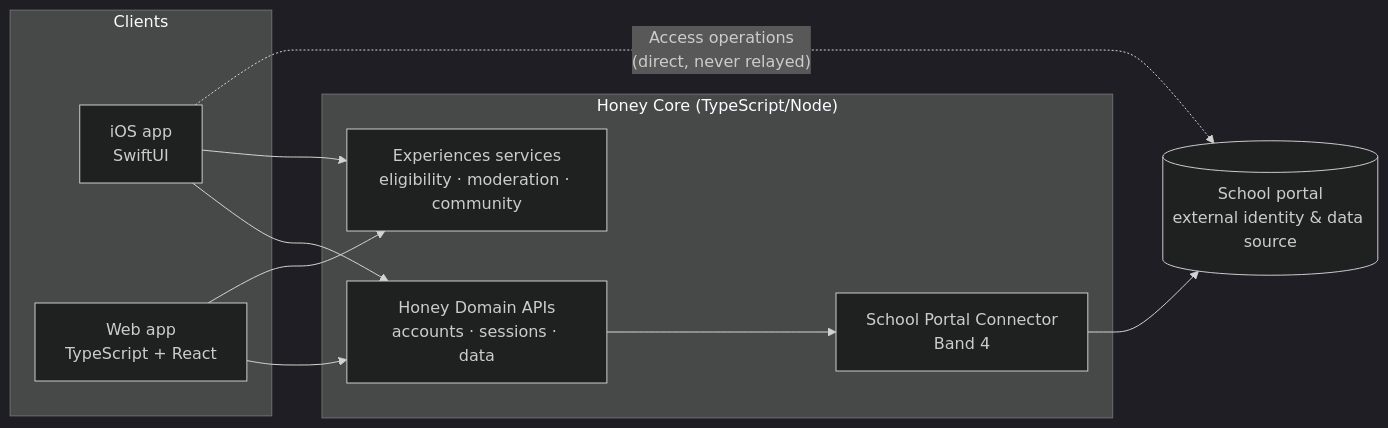
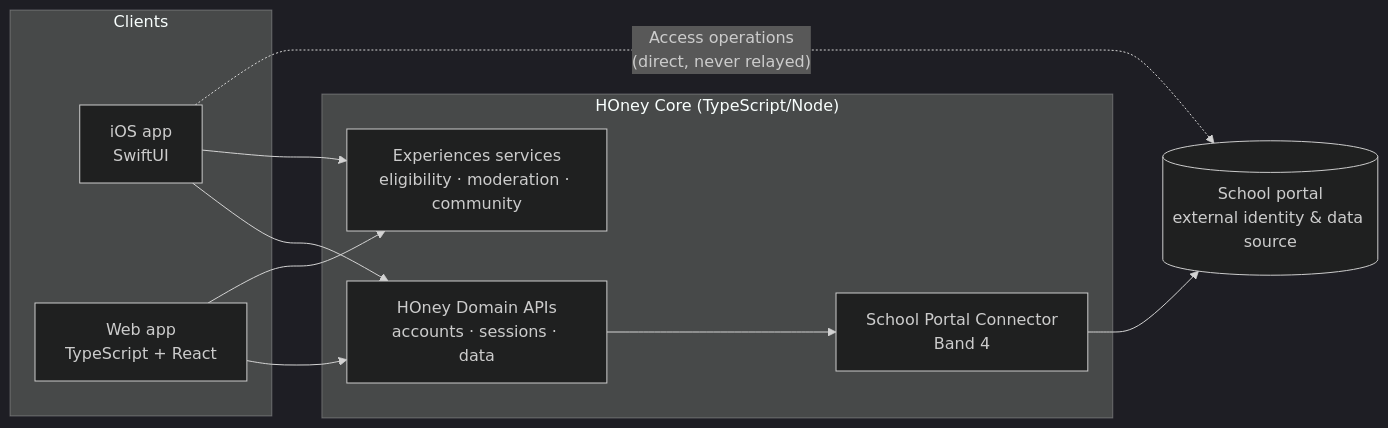
The first of 2 diagrams in README.md (gy-yywq-s/HOney-refreshed), drawn with Mermaid (dark theme) before and after one commit. The commit also changed other lines of this file and 40 other files, not shown here.

````diff
--- a/README.md
+++ b/README.md
@@ -31,21 +31,21 @@
 ```mermaid
 flowchart LR
   subgraph Clients
     IOS[iOS app\nSwiftUI]
     WEB[Web app\nTypeScript + React]
   end
-  subgraph Honey["Honey Core (TypeScript/Node)"]
-    API[Honey Domain APIs\naccounts · sessions · data]
+  subgraph HOney["HOney Core (TypeScript/Node)"]
+    API[HOney Domain APIs\naccounts · sessions · data]
     EXP[Experiences services\neligibility · moderation · community]
     CONN[School Portal Connector\nBand 4]
   end
   PORTAL[(School portal\nexternal identity & data source)]
 
   IOS --> API
   WEB --> API
   IOS --> EXP
   WEB --> EXP
   API --> CONN
   CONN --> PORTAL
   IOS -. "Access operations\n(direct, never relayed)" .-> PORTAL
 ```
````
